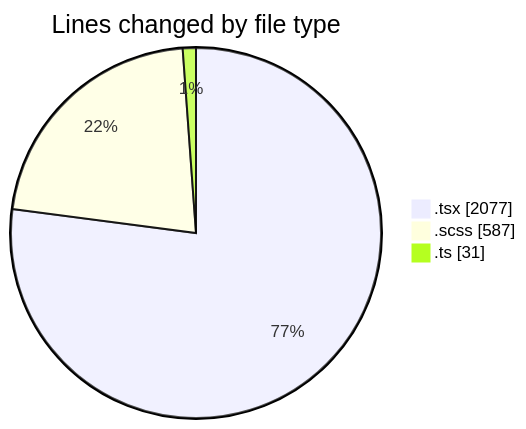
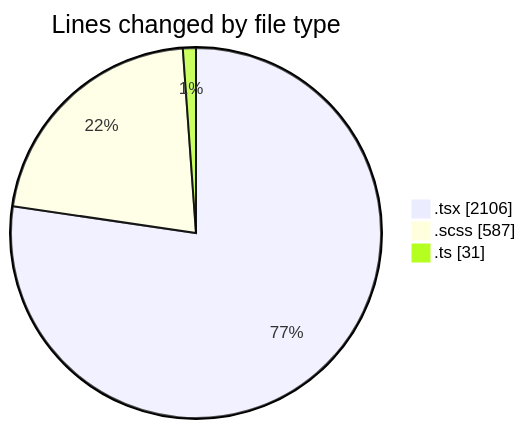
Before and after one commit to momahboobian/code-tracking: the first of 2 diagrams in 2025-04-07/cda/README.md, drawn with Mermaid. The commit also changed other lines of this file and 1 other file, not shown here.

````diff
--- a/2025-04-07/cda/README.md
+++ b/2025-04-07/cda/README.md
@@ -30,7 +30,7 @@
 ```mermaid
 pie showData
 title Lines changed by file type
-".tsx" : 2077
+".tsx" : 2106
 ".scss" : 587
 ".ts" : 31
 ```
````
